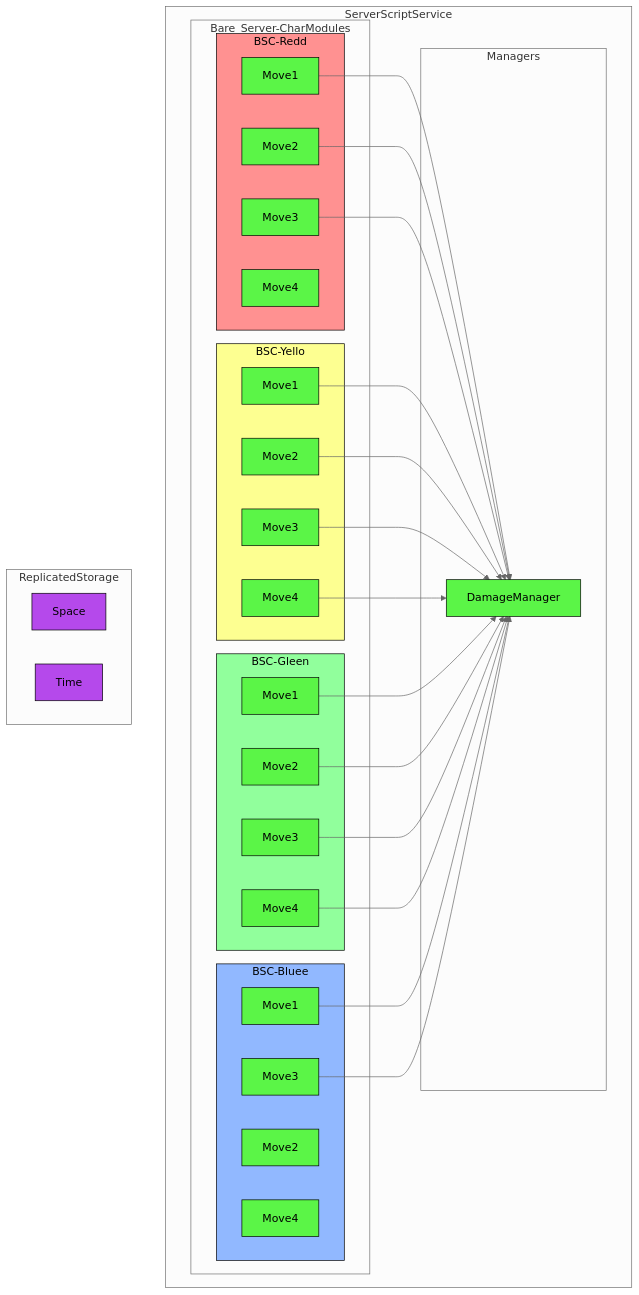
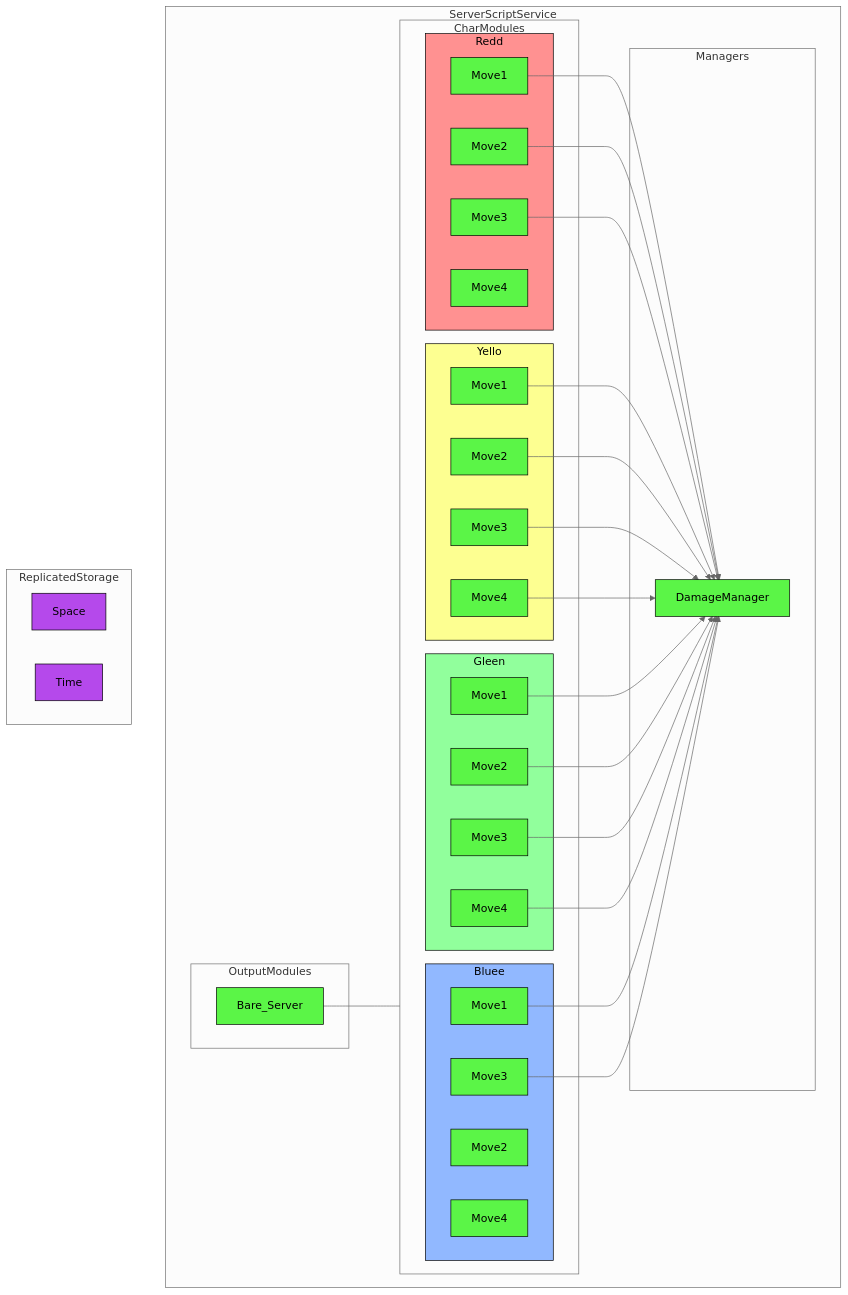
One commit to altair5607249/Crusaders-Game changed the third of 5 diagrams in README.md. Above: the diagram before and after it, drawn with Mermaid (neutral theme). The commit also changed other lines of this file, not shown here.

````diff
--- a/README.md
+++ b/README.md
@@ -141,59 +178,65 @@
 ```mermaid
 flowchart TB;
 
   classDef serverNode fill:#5bf547,stroke:#000000,color:#000000
   classDef clientNode fill:#42a1f5,stroke:#000000,color:#000000
   classDef universalNode fill:#b549eb,stroke:#000000,color:#000000
 
   classDef redNode fill:#ff9191,stroke:#000000,color:#000000
   classDef yellowNode fill:#fdff91,stroke:#000000,color:#000000
   classDef greenNode fill:#91ff9c,stroke:#000000,color:#000000
   classDef blueNode fill:#91b8ff,stroke:#000000,color:#000000
 
   subgraph ServerScriptService
     subgraph Managers
       DamageManager;
     end
 
-    subgraph Bare_Server-CharModules
-      subgraph BSC-Redd
+    subgraph OutputModules
+      Bare_Server;
+    end
+
+    Bare_Server---CharModules
+
+    subgraph CharModules
+      subgraph Redd
         A["Move1"]-->DamageManager;
         B["Move2"]-->DamageManager;
         C["Move3"]-->DamageManager;
         D["Move4"];
       end 
-      subgraph BSC-Yello
+      subgraph Yello
         E["Move1"]-->DamageManager;
         F["Move2"]-->DamageManager;
         G["Move3"]-->DamageManager;
         H["Move4"]-->DamageManager;
       end
-      subgraph BSC-Gleen
+      subgraph Gleen
         I["Move1"]-->DamageManager;
         J["Move2"]-->DamageManager;
         K["Move3"]-->DamageManager;
         L["Move4"]-->DamageManager;
       end 
-      subgraph BSC-Bluee
+      subgraph Bluee
         M["Move1"]-->DamageManager;
         N["Move2"];
         O["Move3"]-->DamageManager;
         P["Move4"];
       end 
     end
   end
 
   subgraph ReplicatedStorage
     Space;
     Time;
   end
 
   class ModuleLoader,M1_Server,Bare_Server,Weapon_Server,MovementManager,DamageManager,A,B,C,D,E,F,G,H,I,J,K,L,M,N,O,P,KnockbackManager,StunManager serverNode;
   class ModuleLoader2,Player-Input,M1_Client,Sol_Client,Movement,KnockbackHandler clientNode;
   class Space,Time universalNode;
 
-  class BSC-Redd redNode;
-  class BSC-Yello yellowNode;
-  class BSC-Gleen greenNode;
-  class BSC-Bluee blueNode;
+  class Redd redNode;
+  class Yello yellowNode;
+  class Gleen greenNode;
+  class Bluee blueNode;
 ```
````
